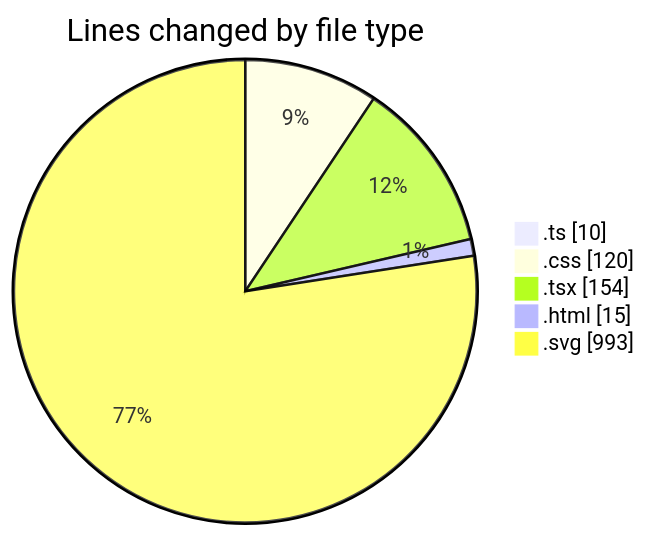
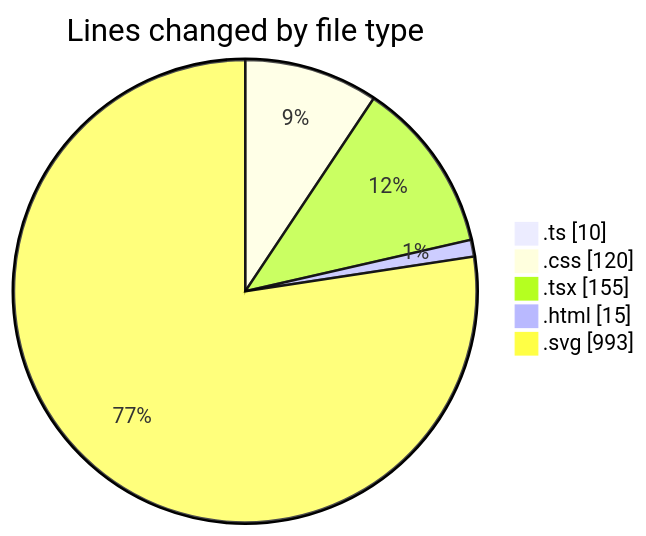
The first of 2 diagrams in 2025-07-31/tw-server/README.md (EIIisD/code-tracking), drawn with Mermaid before and after one commit. The commit also changed other lines of this file and 1 other file, not shown here.

````diff
--- a/2025-07-31/tw-server/README.md
+++ b/2025-07-31/tw-server/README.md
@@ -34,9 +34,9 @@
 ```mermaid
 pie showData
 title Lines changed by file type
 ".ts" : 10
 ".css" : 120
-".tsx" : 154
+".tsx" : 155
 ".html" : 15
 ".svg" : 993
 ```
````
